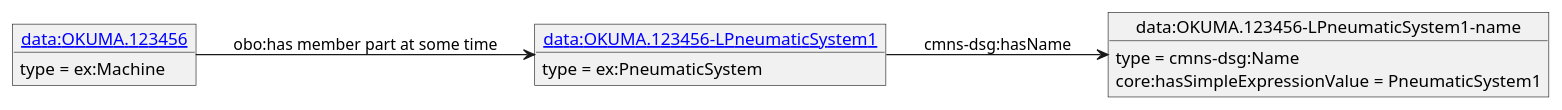
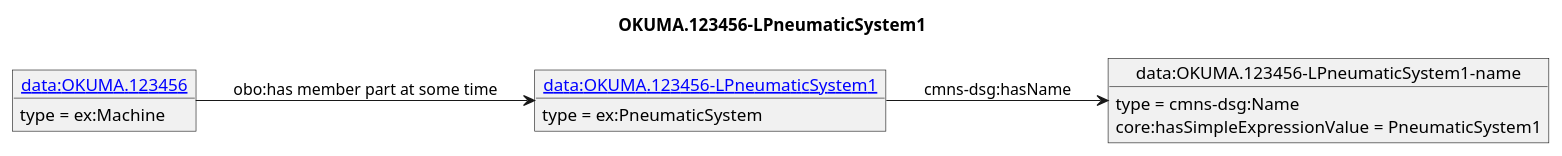
The diagram in diagrams/OKUMA.123456-LPneumaticSystem1.puml (iofoundry/example-syseng-mtconnect), drawn with PlantUML before and after one commit. The commit also changed 140 other files, not shown here.

```diff
--- a/diagrams/OKUMA.123456-LPneumaticSystem1.puml
+++ b/diagrams/OKUMA.123456-LPneumaticSystem1.puml
@@ -1,16 +1,17 @@
 @startuml
 skinparam linetype polyline
 left to right direction
+title OKUMA.123456-LPneumaticSystem1
 object "[[./OKUMA.123456-LPneumaticSystem1.html data:OKUMA.123456-LPneumaticSystem1]]" as o1 {
  type = ex:PneumaticSystem
  }
 object "data:OKUMA.123456-LPneumaticSystem1-name" as o2 {
  type = cmns-dsg:Name
  }
 object "[[./OKUMA.123456.html data:OKUMA.123456]]" as o3 {
  type = ex:Machine
  }
 o1 --> o2 : cmns-dsg:hasName
 o2 : core:hasSimpleExpressionValue = PneumaticSystem1
 o3 --> o1 : obo:has member part at some time
 @enduml
```
